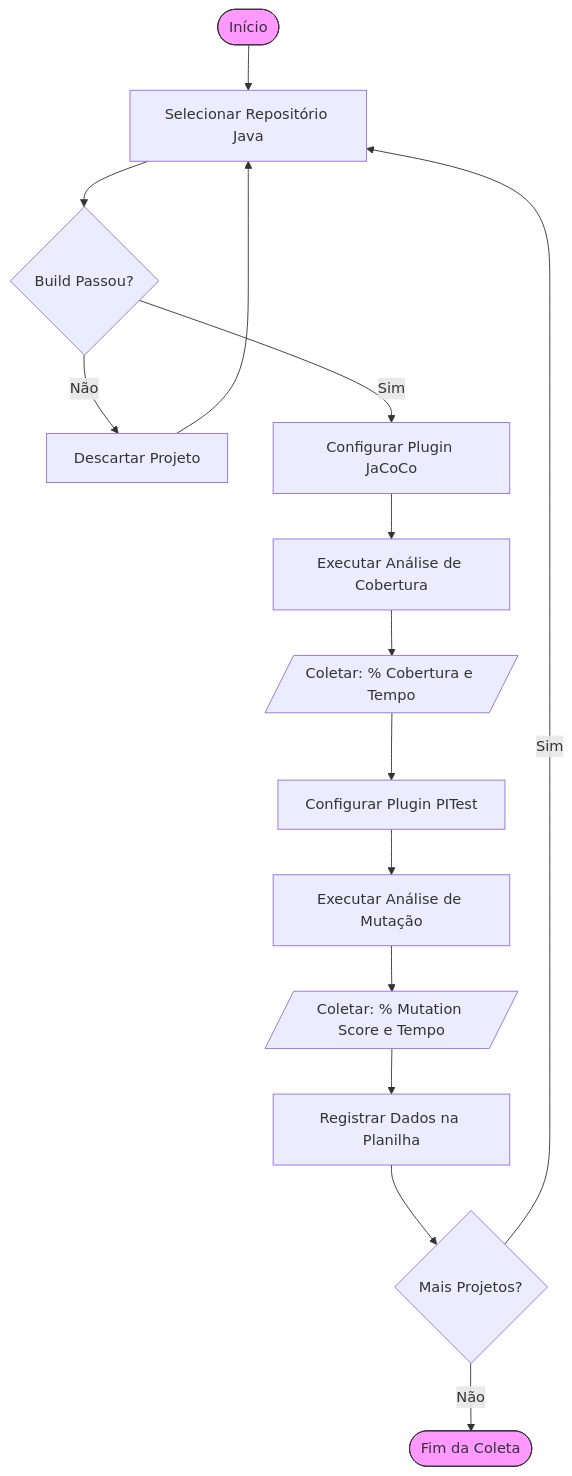
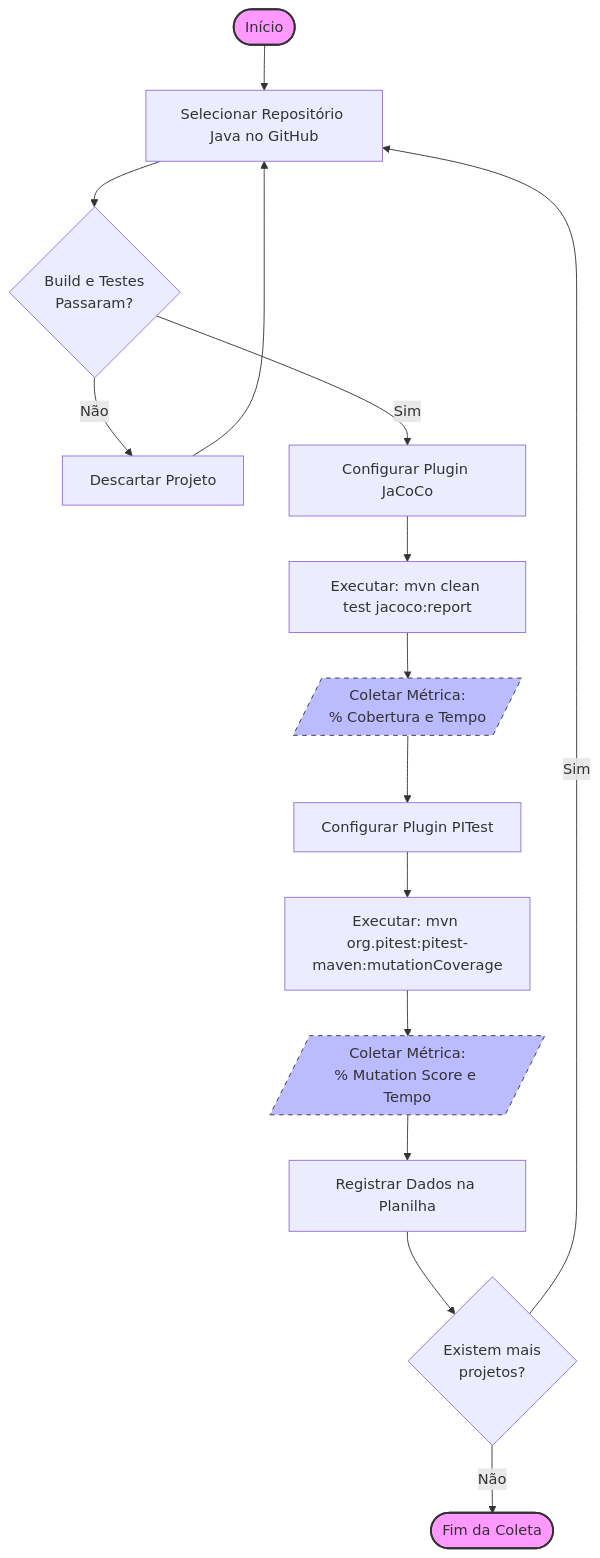
The diagram in PROJETO_COMPLETO.md (rcor23/TCC-Experimento-QA), drawn with Mermaid before and after one commit. The commit also changed other lines of this file, not shown here.

````diff
--- a/PROJETO_COMPLETO.md
+++ b/PROJETO_COMPLETO.md
@@ -143,20 +283,23 @@
 ```mermaid
 graph TD
-    A([Início]) --> B[Selecionar Repositório Java]
-    B --> C{Build Passou?}
+    A([Início]) --> B[Selecionar Repositório Java no GitHub]
+    B --> C{Build e Testes<br>Passaram?}
     C -- Não --> D[Descartar Projeto]
     D --> B
     C -- Sim --> E[Configurar Plugin JaCoCo]
-    E --> F[Executar Análise de Cobertura]
-    F --> G[/Coletar: % Cobertura e Tempo/]
+    E --> F[Executar: mvn clean test jacoco:report]
+    F --> G[/Coletar Métrica:<br>% Cobertura e Tempo/]
     G --> H[Configurar Plugin PITest]
-    H --> I[Executar Análise de Mutação]
-    I --> J[/Coletar: % Mutation Score e Tempo/]
+    H --> I[Executar: mvn org.pitest:pitest-maven:mutationCoverage]
+    I --> J[/Coletar Métrica:<br>% Mutation Score e Tempo/]
     J --> K[Registrar Dados na Planilha]
-    K --> L{Mais Projetos?}
+    K --> L{Existem mais<br>projetos?}
     L -- Sim --> B
     L -- Não --> M([Fim da Coleta])
     
-    style A fill:#f9f,stroke:#333
-    style M fill:#f9f,stroke:#333
+    style A fill:#f9f,stroke:#333,stroke-width:2px
+    style M fill:#f9f,stroke:#333,stroke-width:2px
+    style G fill:#bbf,stroke:#333,stroke-width:1px,stroke-dasharray: 5 5
+    style J fill:#bbf,stroke:#333,stroke-width:1px,stroke-dasharray: 5 5
+
 ```
````
